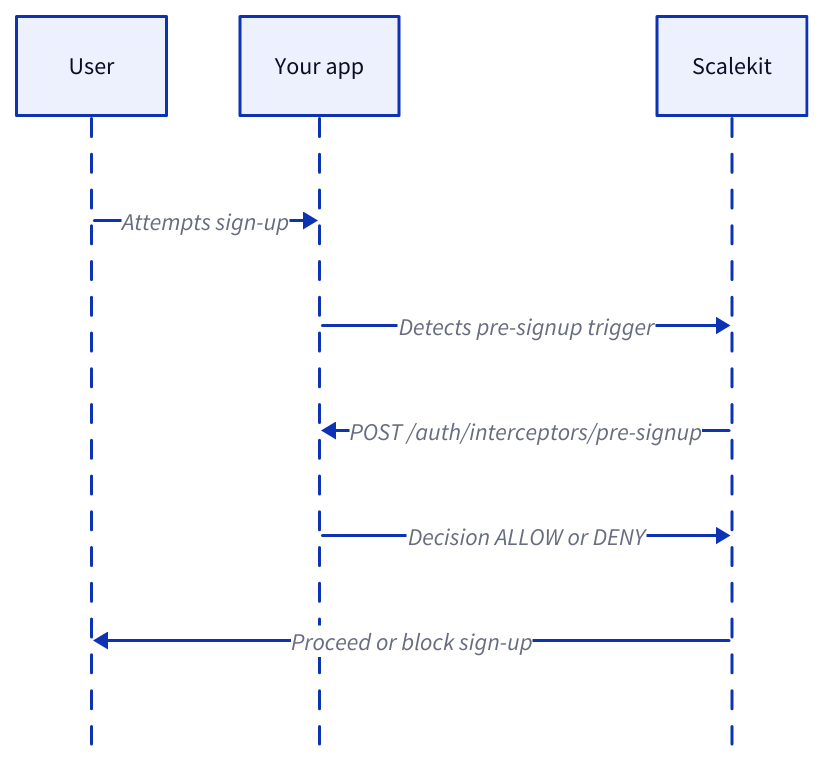
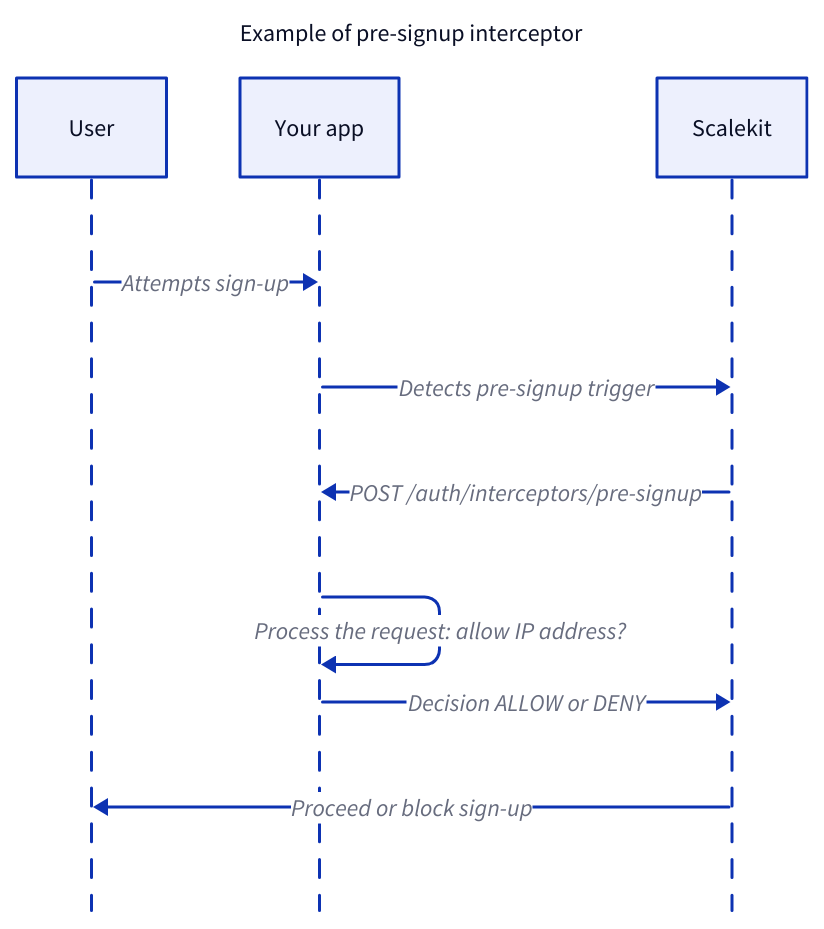
Before and after one commit to scalekit-inc/developer-docs: the diagram in src/content/docs/guides/auth-flow-interceptors.mdx, drawn with D2. The commit also changed other lines of this file and 8 other files, not shown here.

````diff
--- a/src/content/docs/guides/auth-flow-interceptors.mdx
+++ b/src/content/docs/guides/auth-flow-interceptors.mdx
@@ -37,11 +34,20 @@
-```d2 title="Pre-signup interceptor sequence"
+```d2
+title: "Example of pre-signup interceptor " {
+  near: top-center
+  shape: text
+  style.font-size: 16
+}
 
 shape: sequence_diagram
 
 User -> Your app: Attempts sign-up
 Your app -> Scalekit: Detects pre-signup trigger
 Scalekit -> Your app: POST /auth/interceptors/pre-signup
+Your app -> Your app: Process the request: allow IP address?
 Your app -> Scalekit: Decision ALLOW or DENY
 Scalekit -> User: Proceed or block sign-up
 
+style: {
+  font-size: 14
+}
 ```
````
